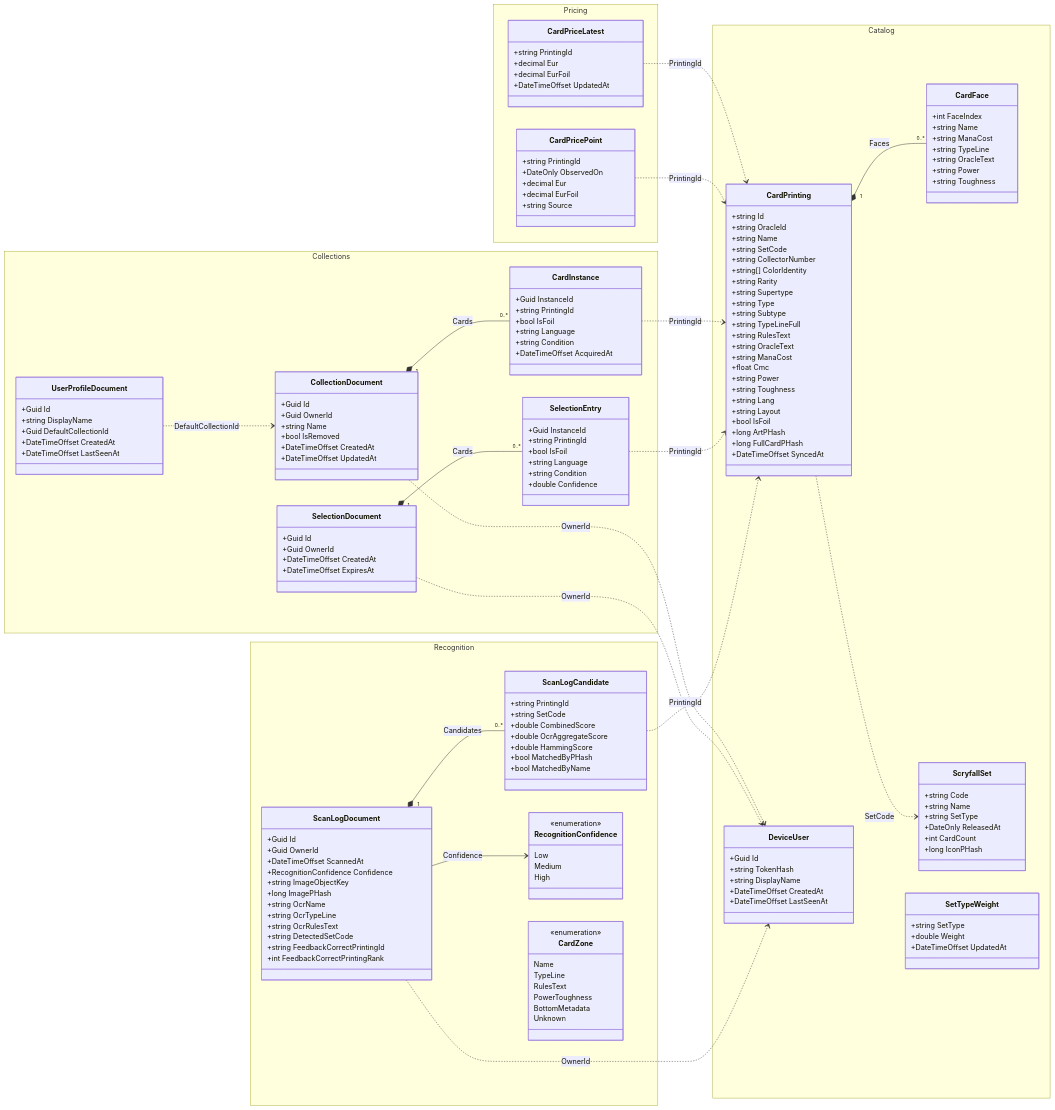
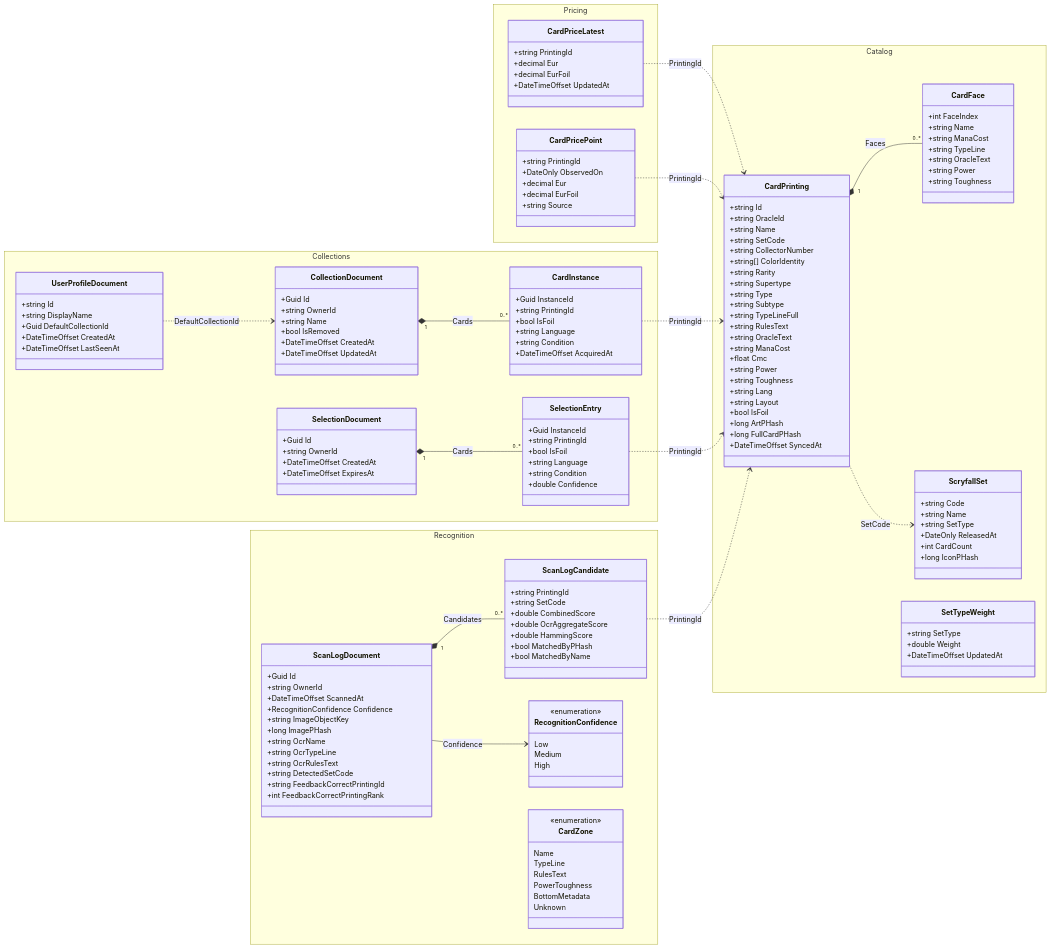
Before and after one commit to danbro96/LupiraMtgApi: the diagram in docs/architecture.md, drawn with Mermaid. The commit also changed other lines of this file and 41 other files, not shown here.

First line of the commit message:
Auth: replace device-token PoC with Authentik OIDC

````diff
--- a/docs/architecture.md
+++ b/docs/architecture.md
@@ -195,13 +194,6 @@
       +double Weight
       +DateTimeOffset UpdatedAt
     }
-    class DeviceUser {
-      +Guid Id
-      +string TokenHash
-      +string DisplayName
-      +DateTimeOffset CreatedAt
-      +DateTimeOffset LastSeenAt
-    }
   }
 
   namespace Pricing {
@@ -223,7 +215,7 @@
   namespace Collections {
     class CollectionDocument {
       +Guid Id
-      +Guid OwnerId
+      +string OwnerId
       +string Name
       +bool IsRemoved
       +DateTimeOffset CreatedAt
@@ -239,7 +231,7 @@
     }
     class SelectionDocument {
       +Guid Id
-      +Guid OwnerId
+      +string OwnerId
       +DateTimeOffset CreatedAt
       +DateTimeOffset ExpiresAt
     }
@@ -252,7 +244,7 @@
       +double Confidence
     }
     class UserProfileDocument {
-      +Guid Id
+      +string Id
       +string DisplayName
       +Guid DefaultCollectionId
       +DateTimeOffset CreatedAt
@@ -263,7 +255,7 @@
   namespace Recognition {
     class ScanLogDocument {
       +Guid Id
-      +Guid OwnerId
+      +string OwnerId
       +DateTimeOffset ScannedAt
       +RecognitionConfidence Confidence
       +string ImageObjectKey
@@ -313,8 +305,5 @@
   CardInstance ..> CardPrinting : PrintingId
   SelectionEntry ..> CardPrinting : PrintingId
   ScanLogCandidate ..> CardPrinting : PrintingId
-  CollectionDocument ..> DeviceUser : OwnerId
-  SelectionDocument ..> DeviceUser : OwnerId
-  ScanLogDocument ..> DeviceUser : OwnerId
   UserProfileDocument ..> CollectionDocument : DefaultCollectionId
 ```
````
